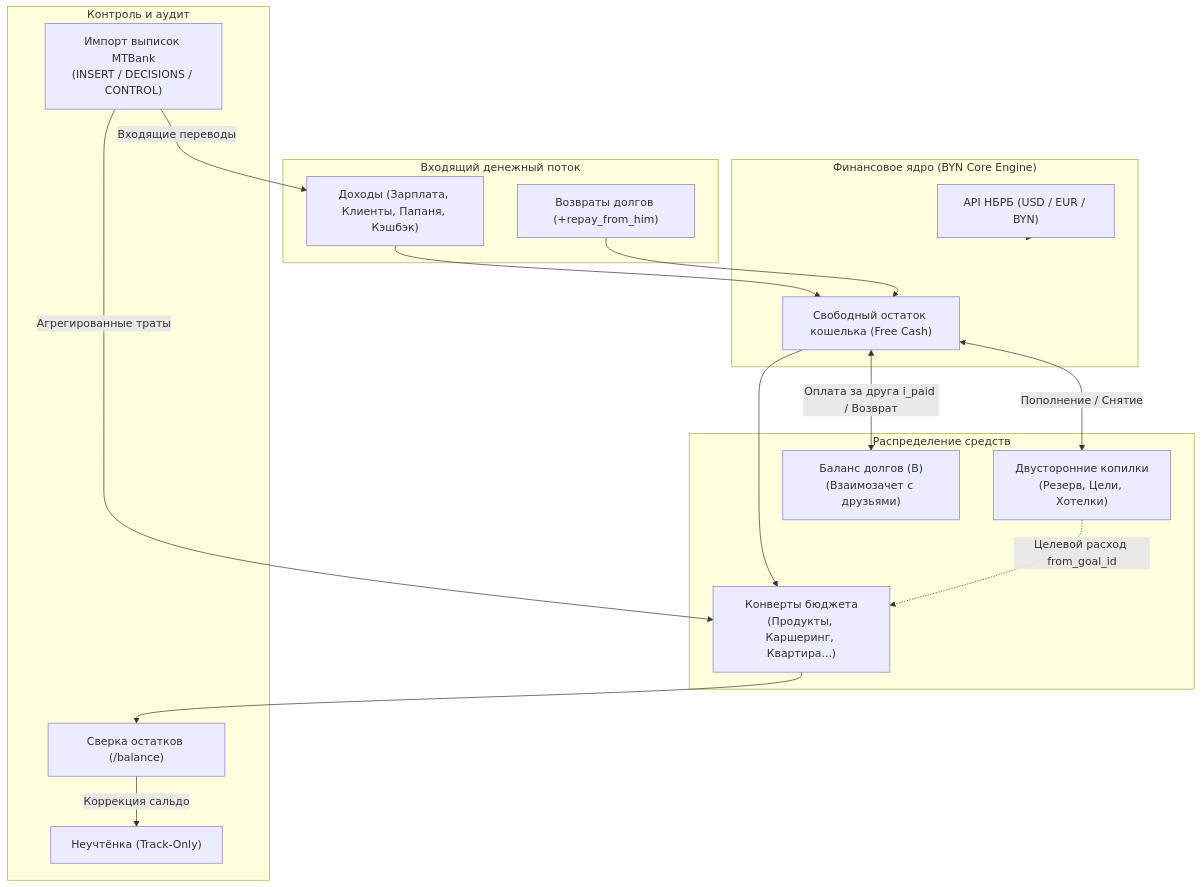
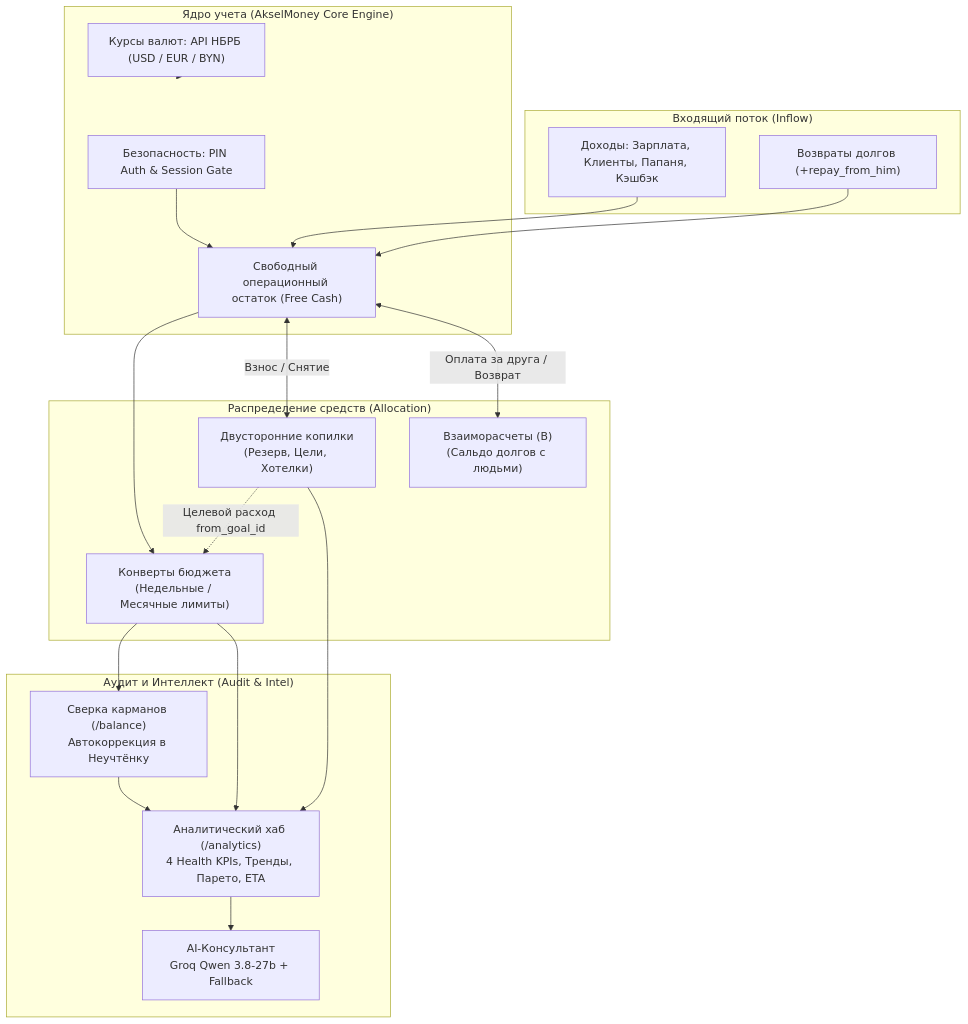
Before and after one commit to endarver-lgtm/finance: the diagram in README.md, drawn with Mermaid. The commit also changed other lines of this file and 2 other files, not shown here.

````diff
--- a/README.md
+++ b/README.md
@@ -34,36 +67,39 @@
 ```mermaid
 flowchart TD
-    subgraph IN["Входящий денежный поток"]
-        INC["Доходы (Зарплата, Клиенты, Папаня, Кэшбэк)"]
+    subgraph IN["Входящий поток (Inflow)"]
+        INC["Доходы: Зарплата, Клиенты, Папаня, Кэшбэк"]
         REC["Возвраты долгов (+repay_from_him)"]
     end
 
-    subgraph CORE["Финансовое ядро (BYN Core Engine)"]
-        FREE["Свободный остаток кошелька (Free Cash)"]
-        RATES["API НБРБ (USD / EUR / BYN)"]
+    subgraph ENGINE["Ядро учета (AkselMoney Core Engine)"]
+        AUTH["Безопасность: PIN Auth & Session Gate"]
+        RATES["Курсы валют: API НБРБ (USD / EUR / BYN)"]
+        FREE["Свободный операционный остаток (Free Cash)"]
     end
 
-    subgraph ALLOC["Распределение средств"]
-        ENV["Конверты бюджета\n(Продукты, Каршеринг, Квартира...)"]
+    subgraph ALLOC["Распределение средств (Allocation)"]
+        ENV["Конверты бюджета\n(Недельные / Месячные лимиты)"]
         SAV["Двусторонние копилки\n(Резерв, Цели, Хотелки)"]
-        DEBT["Баланс долгов (B)\n(Взаимозачет с друзьями)"]
+        DEBT["Взаиморасчеты (B)\n(Сальдо долгов с людьми)"]
     end
 
-    subgraph AUDIT["Контроль и аудит"]
-        RECON["Сверка остатков (/balance)"]
-        UNTRACKED["Неучтёнка (Track-Only)"]
-        STMT["Импорт выписок MTBank\n(INSERT / DECISIONS / CONTROL)"]
+    subgraph AUDIT_INTEL["Аудит и Интеллект (Audit & Intel)"]
+        RECON["Сверка карманов (/balance)\nАвтокоррекция в Неучтёнку"]
+        ANALYTICS["Аналитический хаб (/analytics)\n4 Health KPIs, Тренды, Парето, ETA"]
+        AI["AI-Консультант\nGroq Qwen 3.8-27b + Fallback"]
     end
 
+    AUTH --> FREE
     INC --> FREE
     REC --> FREE
-    RATES -.-> CORE
+    RATES -.-> ENGINE
     FREE --> ENV
-    FREE <-->|Пополнение / Снятие| SAV
+    FREE <-->|Взнос / Снятие| SAV
     SAV -.->|Целевой расход from_goal_id| ENV
-    FREE <-->|Оплата за друга i_paid / Возврат| DEBT
+    FREE <-->|Оплата за друга / Возврат| DEBT
     ENV --> RECON
-    RECON -->|Коррекция сальдо| UNTRACKED
-    STMT -->|Агрегированные траты| ENV
-    STMT -->|Входящие переводы| INC
+    RECON --> ANALYTICS
+    SAV --> ANALYTICS
+    ENV --> ANALYTICS
+    ANALYTICS --> AI
 ```
````
